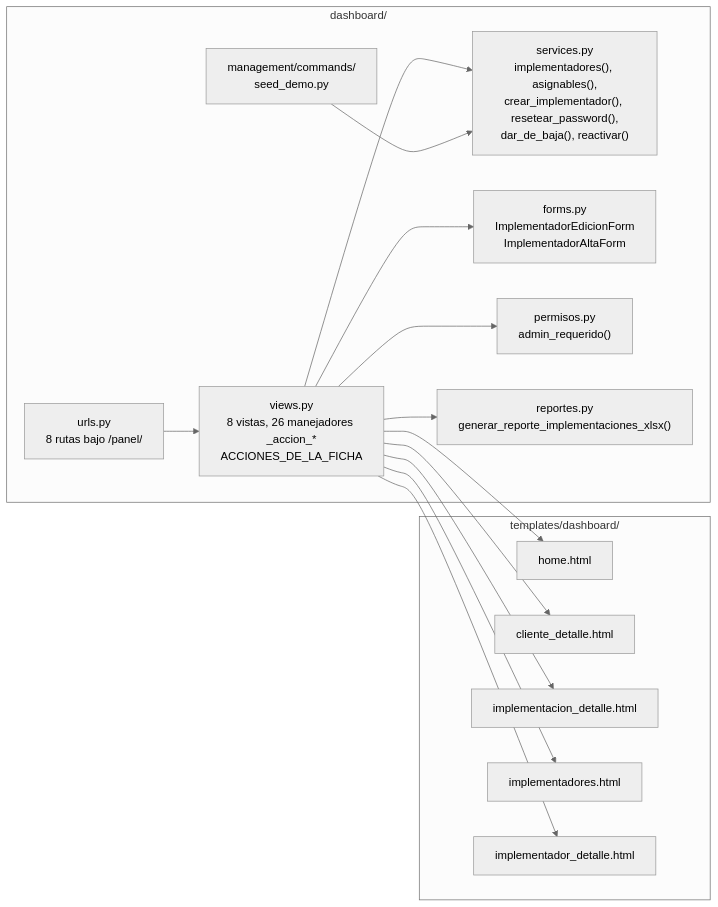
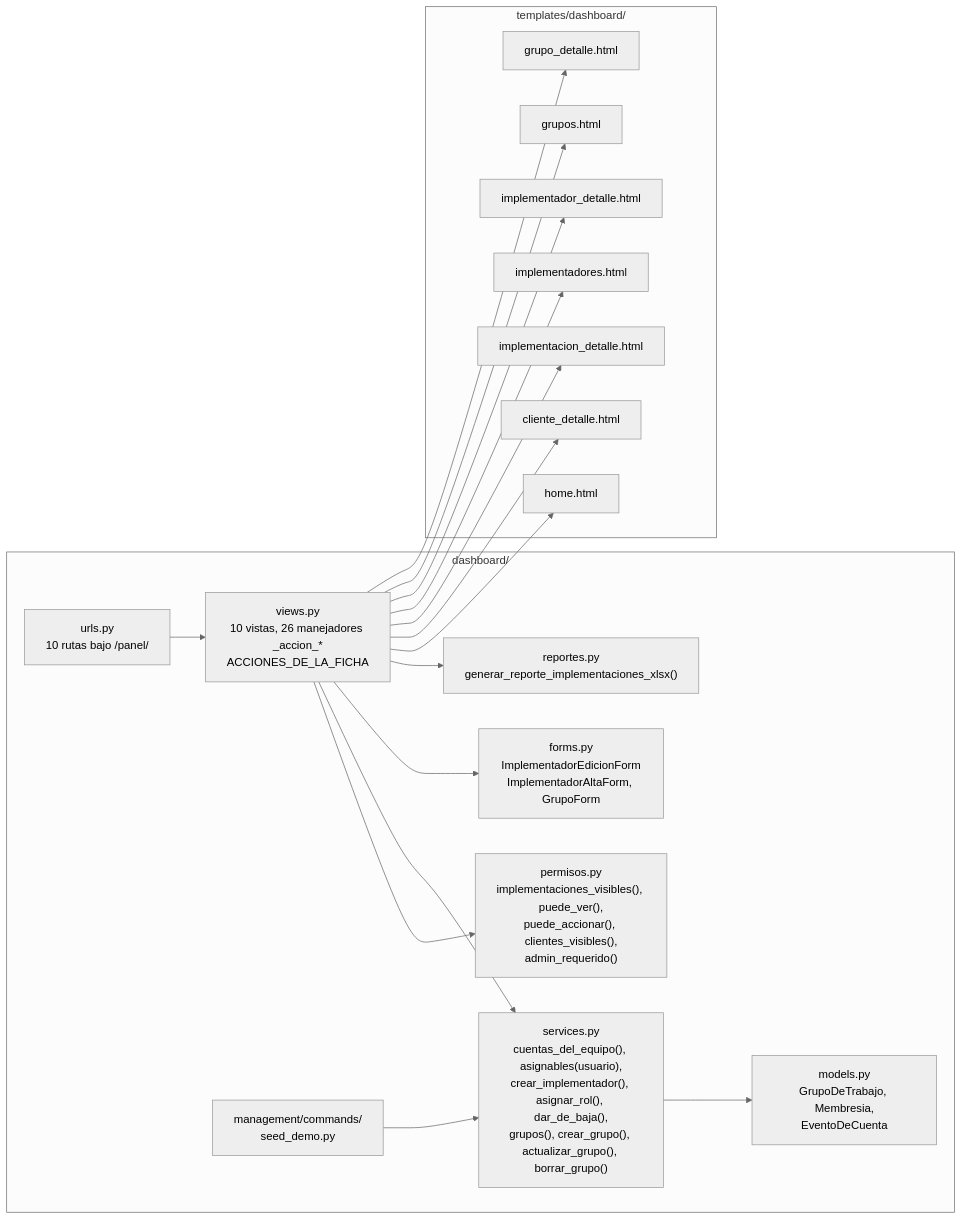
Before and after one commit to AluSkies/implementador.napsis: the eighth of 16 diagrams in docs/modulos/automatizacion-y-dashboard.md, drawn with Mermaid (neutral theme). The commit also changed other lines of this file and 99 other files, not shown here.

````diff
--- a/docs/modulos/automatizacion-y-dashboard.md
+++ b/docs/modulos/automatizacion-y-dashboard.md
@@ -632,31 +632,37 @@
 ```mermaid
 flowchart LR
     subgraph sg_dash["dashboard/"]
-        URL["urls.py<br/>8 rutas bajo /panel/"]
-        VIE["views.py<br/>8 vistas, 26 manejadores _accion_*<br/>ACCIONES_DE_LA_FICHA"]
-        SRV["services.py<br/>implementadores(), asignables(),<br/>crear_implementador(), resetear_password(),<br/>dar_de_baja(), reactivar()"]
-        FRM["forms.py<br/>ImplementadorEdicionForm<br/>ImplementadorAltaForm"]
-        PER["permisos.py<br/>admin_requerido()"]
+        URL["urls.py<br/>10 rutas bajo /panel/"]
+        VIE["views.py<br/>10 vistas, 26 manejadores _accion_*<br/>ACCIONES_DE_LA_FICHA"]
+        SRV["services.py<br/>cuentas_del_equipo(), asignables(usuario),<br/>crear_implementador(), asignar_rol(), dar_de_baja(),<br/>grupos(), crear_grupo(), actualizar_grupo(), borrar_grupo()"]
+        MDL["models.py<br/>GrupoDeTrabajo, Membresia,<br/>EventoDeCuenta"]
+        FRM["forms.py<br/>ImplementadorEdicionForm<br/>ImplementadorAltaForm, GrupoForm"]
+        PER["permisos.py<br/>implementaciones_visibles(), puede_ver(),<br/>puede_accionar(), clientes_visibles(),<br/>admin_requerido()"]
         REP["reportes.py<br/>generar_reporte_implementaciones_xlsx()"]
         SED["management/commands/<br/>seed_demo.py"]
     end
     subgraph sg_tpl["templates/dashboard/"]
         T1["home.html"]
         T2["cliente_detalle.html"]
         T3["implementacion_detalle.html"]
         T4["implementadores.html"]
         T5["implementador_detalle.html"]
+        T6["grupos.html"]
+        T7["grupo_detalle.html"]
     end
 
     URL --> VIE
     VIE --> PER
     VIE --> SRV
     VIE --> FRM
     VIE --> REP
     VIE --> T1
     VIE --> T2
     VIE --> T3
     VIE --> T4
     VIE --> T5
+    VIE --> T6
+    VIE --> T7
+    SRV --> MDL
     SED --> SRV
 ```
````
